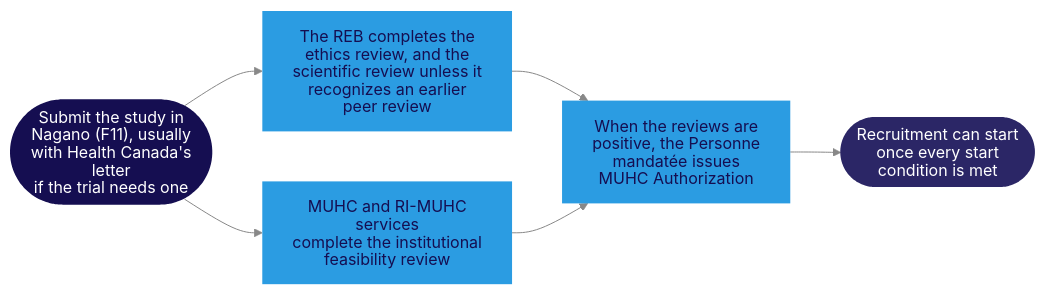
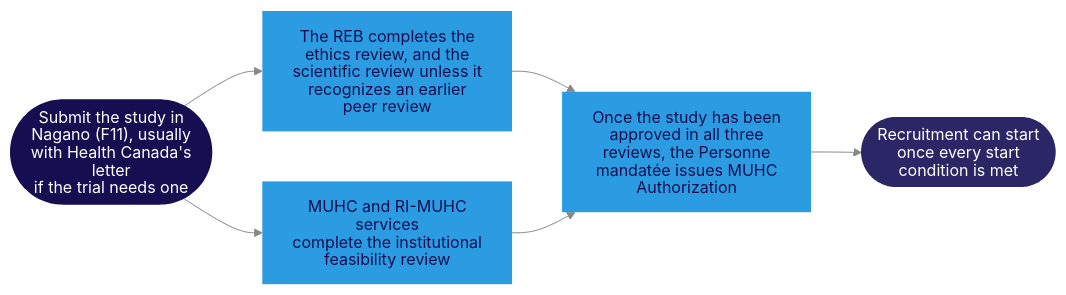
Before and after one commit to matthewfiorentino/docs: the diagram in images/diagrams/submission-reviews.mmd, drawn with Mermaid. The commit also changed 54 other files, not shown here.

```diff
--- a/images/diagrams/submission-reviews.mmd
+++ b/images/diagrams/submission-reviews.mmd
@@ -1,14 +1,14 @@
 %%{init: {'theme':'base','htmlLabels':false,'flowchart':{'htmlLabels':false,'subGraphTitleMargin':{'top':14,'bottom':10}},'themeVariables':{'primaryColor':'#2b2666','primaryTextColor':'#ffffff','primaryBorderColor':'#2b2666','lineColor':'#888','edgeLabelBackground':'#ffffff','titleColor':'#150e51','fontFamily':'system-ui,sans-serif'}}}%%
 flowchart LR
     A(["Submit the study in<br/>Nagano (F11), usually<br/>with Health Canada's letter<br/>if the trial needs one"]) --> R["The REB completes the<br/>ethics review, and the<br/>scientific review unless it<br/>recognizes an earlier<br/>peer review"]
     A --> C["MUHC and RI-MUHC services<br/>complete the institutional<br/>feasibility review"]
-    R --> F["When the reviews are<br/>positive, the Personne<br/>mandatée issues<br/>MUHC Authorization"]
+    R --> F["Once the study has been<br/>approved in all three<br/>reviews, the Personne<br/>mandatée issues MUHC<br/>Authorization"]
     C --> F
     F --> G(["Recruitment can start<br/>once every start<br/>condition is met"])
 
     style A fill:#150e51,color:#fff,stroke:none
     style R fill:#2b9ce2,color:#150e51,stroke:none
     style C fill:#2b9ce2,color:#150e51,stroke:none
     style F fill:#2b9ce2,color:#150e51,stroke:none
     style G fill:#2b2666,color:#fff,stroke:none
     linkStyle default color:#150e51
```
